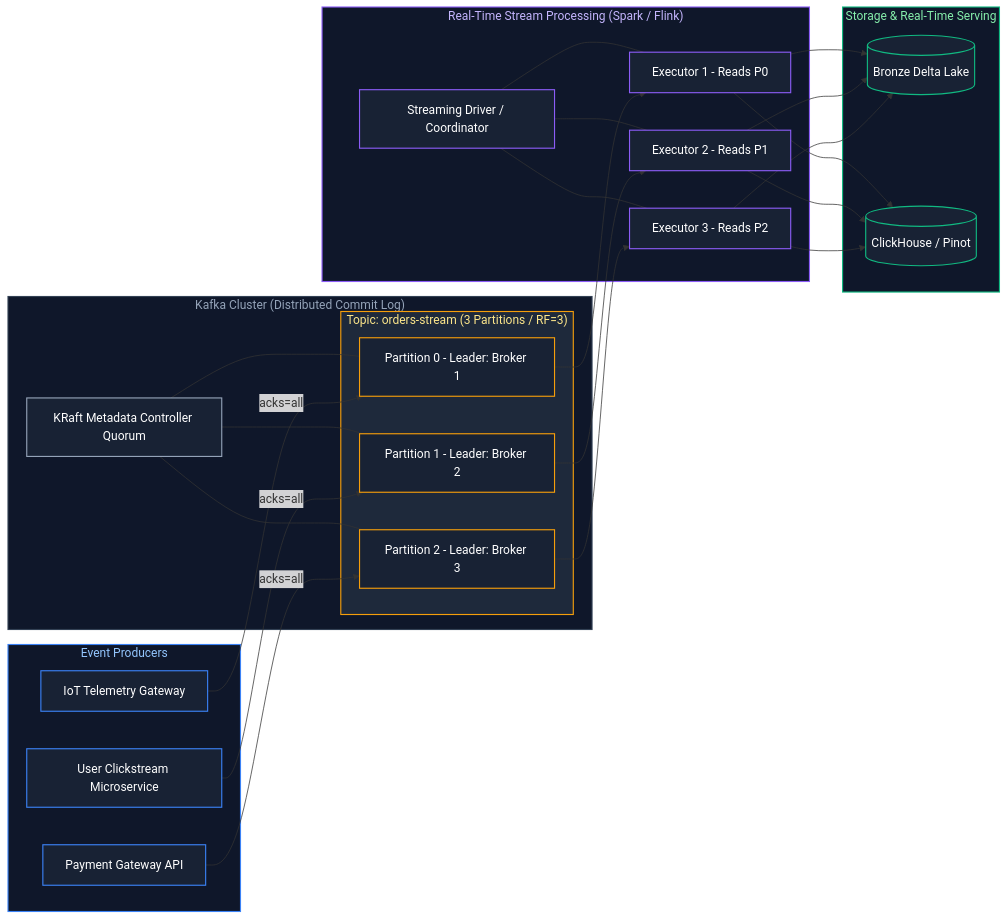
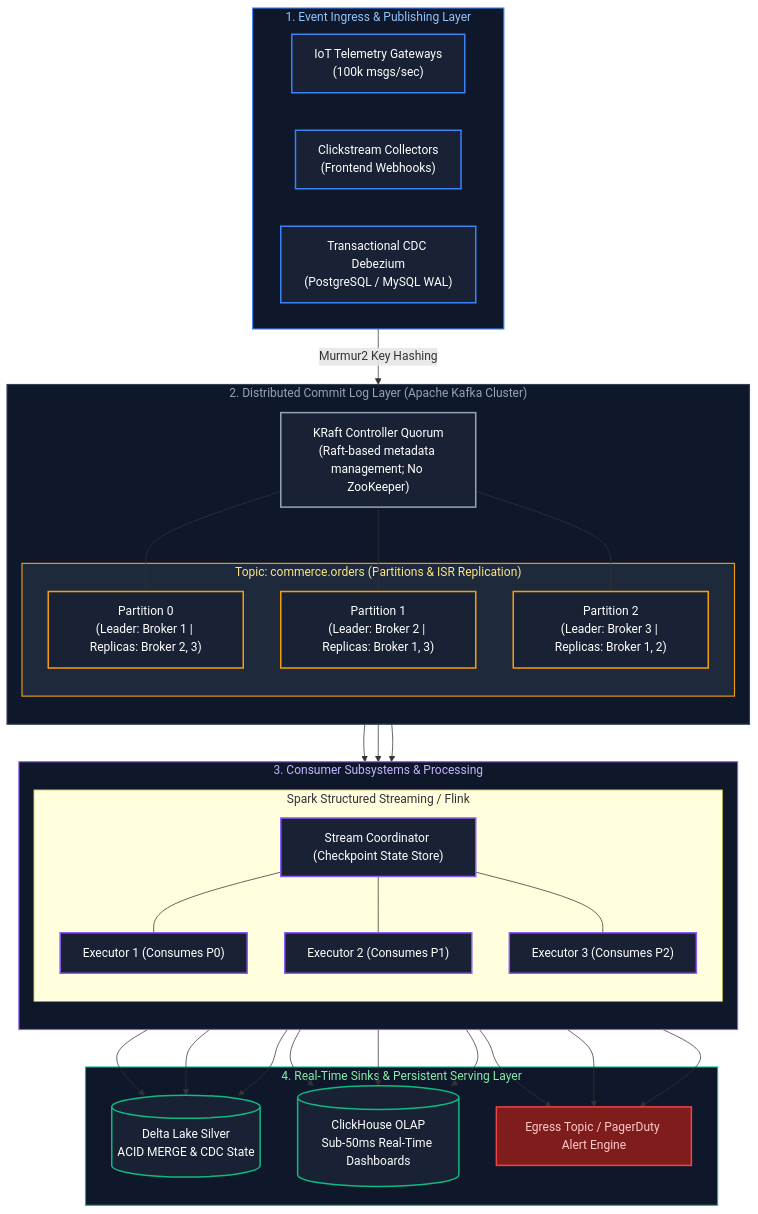
The first of 14 diagrams in Data Engineering/11_streaming_and_kafka_event_streaming.md (joydeep-biswas/Interview-Preparation), drawn with Mermaid before and after one commit. The commit also changed other lines of this file and 143 other files, not shown here.

````diff
--- a/Data Engineering/11_streaming_and_kafka_event_streaming.md
+++ b/Data Engineering/11_streaming_and_kafka_event_streaming.md
@@ -9,64 +11,63 @@
 ```mermaid
-flowchart LR
-    subgraph Producers ["Event Producers"]
-        App1[IoT Telemetry Gateway]
-        App2[User Clickstream Microservice]
-        App3[Payment Gateway API]
+flowchart TD
+    subgraph Producers ["1. Event Ingress & Publishing Layer"]
+        App1["IoT Telemetry Gateways<br/>(100k msgs/sec)"]
+        App2["Clickstream Collectors<br/>(Frontend Webhooks)"]
+        App3["Transactional CDC Debezium<br/>(PostgreSQL / MySQL WAL)"]
     end
 
-    subgraph KafkaCluster ["Kafka Cluster (Distributed Commit Log)"]
-        KRaft[KRaft Metadata Controller Quorum]
-        subgraph TopicOrders ["Topic: orders-stream (3 Partitions / RF=3)"]
-            P0[Partition 0 - Leader: Broker 1]
-            P1[Partition 1 - Leader: Broker 2]
-            P2[Partition 2 - Leader: Broker 3]
+    subgraph KafkaCore ["2. Distributed Commit Log Layer (Apache Kafka Cluster)"]
+        direction TB
+        KRaft["KRaft Controller Quorum<br/>(Raft-based metadata management; No ZooKeeper)"]
+        
+        subgraph TopicPartitioning ["Topic: commerce.orders (Partitions & ISR Replication)"]
+            P0["Partition 0<br/>(Leader: Broker 1 | Replicas: Broker 2, 3)"]
+            P1["Partition 1<br/>(Leader: Broker 2 | Replicas: Broker 1, 3)"]
+            P2["Partition 2<br/>(Leader: Broker 3 | Replicas: Broker 1, 2)"]
         end
-        KRaft --- P0
-        KRaft --- P1
-        KRaft --- P2
+        KRaft --- P0 & P1 & P2
     end
 
-    App1 -->|acks=all| P0
-    App2 -->|acks=all| P1
-    App3 -->|acks=all| P2
-
-    subgraph StreamProcessing ["Real-Time Stream Processing (Spark / Flink)"]
-        Driver[Streaming Driver / Coordinator]
-        W1[Executor 1 - Reads P0]
-        W2[Executor 2 - Reads P1]
-        W3[Executor 3 - Reads P2]
-        
-        Driver --- W1
-        Driver --- W2
-        Driver --- W3
+    subgraph ConsumerEcosystem ["3. Consumer Subsystems & Processing"]
+        direction TB
+        subgraph SparkStreaming ["Spark Structured Streaming / Flink"]
+            Driver["Stream Coordinator (Checkpoint State Store)"]
+            Exec1["Executor 1 (Consumes P0)"]
+            Exec2["Executor 2 (Consumes P1)"]
+            Exec3["Executor 3 (Consumes P2)"]
+            Driver --- Exec1 & Exec2 & Exec3
+        end
     end
 
-    P0 --> W1
-    P1 --> W2
-    P2 --> W3
-
-    subgraph ServingLayer ["Storage & Real-Time Serving"]
-        W1 & W2 & W3 --> BronzeDelta[(Bronze Delta Lake)]
-        W1 & W2 & W3 --> RT_OLAP[(ClickHouse / Pinot)]
+    subgraph Sinks ["4. Real-Time Sinks & Persistent Serving Layer"]
+        DeltaSilver[("Delta Lake Silver<br/>ACID MERGE & CDC State")]
+        ClickHouseOLAP[("ClickHouse OLAP<br/>Sub-50ms Real-Time Dashboards")]
+        FraudAlerts["Egress Topic / PagerDuty Alert Engine"]
     end
 
+    Producers -->|Murmur2 Key Hashing| KafkaCore
+    P0 --> Exec1
+    P1 --> Exec2
+    P2 --> Exec3
+    Exec1 & Exec2 & Exec3 --> DeltaSilver & ClickHouseOLAP & FraudAlerts
+
     style Producers fill:#0f172a,stroke:#3b82f6,stroke-width:1.5px,color:#93c5fd
-    style KafkaCluster fill:#0f172a,stroke:#334155,stroke-width:1.5px,color:#94a3b8
-    style TopicOrders fill:#1e293b,stroke:#f59e0b,stroke-width:1.5px,color:#fde68a
-    style StreamProcessing fill:#0f172a,stroke:#8b5cf6,stroke-width:1.5px,color:#c4b5fd
-    style ServingLayer fill:#0f172a,stroke:#10b981,stroke-width:1.5px,color:#86efac
-
-    style App1 fill:#182234,stroke:#3b82f6,stroke-width:1.5px,color:#fff
-    style App2 fill:#182234,stroke:#3b82f6,stroke-width:1.5px,color:#fff
-    style App3 fill:#182234,stroke:#3b82f6,stroke-width:1.5px,color:#fff
-    style KRaft fill:#182234,stroke:#94a3b8,stroke-width:1.5px,color:#fff
-    style P0 fill:#182234,stroke:#f59e0b,stroke-width:1.5px,color:#fff
-    style P1 fill:#182234,stroke:#f59e0b,stroke-width:1.5px,color:#fff
-    style P2 fill:#182234,stroke:#f59e0b,stroke-width:1.5px,color:#fff
-    style Driver fill:#182234,stroke:#8b5cf6,stroke-width:1.5px,color:#fff
-    style W1 fill:#182234,stroke:#8b5cf6,stroke-width:1.5px,color:#fff
-    style W2 fill:#182234,stroke:#8b5cf6,stroke-width:1.5px,color:#fff
-    style W3 fill:#182234,stroke:#8b5cf6,stroke-width:1.5px,color:#fff
-    style BronzeDelta fill:#182234,stroke:#10b981,stroke-width:1.5px,color:#fff
-    style RT_OLAP fill:#182234,stroke:#10b981,stroke-width:1.5px,color:#fff
+    style KafkaCore fill:#0f172a,stroke:#334155,stroke-width:1.5px,color:#94a3b8
+    style TopicPartitioning fill:#1e293b,stroke:#f59e0b,stroke-width:1.5px,color:#fde68a
+    style ConsumerEcosystem fill:#0f172a,stroke:#8b5cf6,stroke-width:1.5px,color:#c4b5fd
+    style Sinks fill:#0f172a,stroke:#10b981,stroke-width:1.5px,color:#86efac
+    style App1 fill:#182234,stroke:#3b82f6,stroke-width:2px,color:#fff
+    style App2 fill:#182234,stroke:#3b82f6,stroke-width:2px,color:#fff
+    style App3 fill:#182234,stroke:#3b82f6,stroke-width:2px,color:#fff
+    style KRaft fill:#182234,stroke:#94a3b8,stroke-width:2px,color:#fff
+    style P0 fill:#182234,stroke:#f59e0b,stroke-width:2px,color:#fff
+    style P1 fill:#182234,stroke:#f59e0b,stroke-width:2px,color:#fff
+    style P2 fill:#182234,stroke:#f59e0b,stroke-width:2px,color:#fff
+    style Driver fill:#182234,stroke:#8b5cf6,stroke-width:2px,color:#fff
+    style Exec1 fill:#182234,stroke:#8b5cf6,stroke-width:2px,color:#fff
+    style Exec2 fill:#182234,stroke:#8b5cf6,stroke-width:2px,color:#fff
+    style Exec3 fill:#182234,stroke:#8b5cf6,stroke-width:2px,color:#fff
+    style DeltaSilver fill:#182234,stroke:#10b981,stroke-width:2px,color:#fff
+    style ClickHouseOLAP fill:#182234,stroke:#10b981,stroke-width:2px,color:#fff
+    style FraudAlerts fill:#7f1d1d,stroke:#ef4444,stroke-width:2px,color:#fecaca
 ```
````
